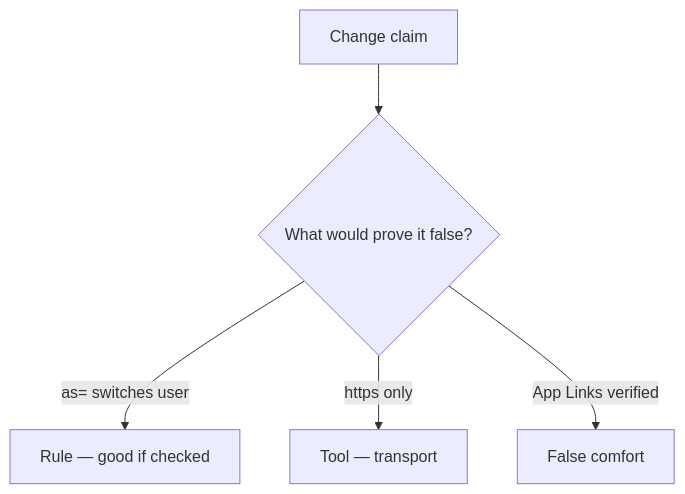
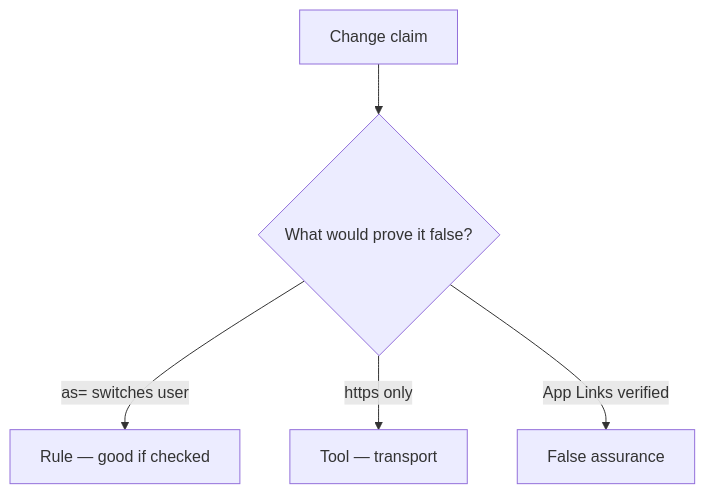
Before and after one commit to ishitvagoel/LearnSecurity: the diagram in content/modules/8/8.3/lessons/08-review.md, drawn with Mermaid. The commit also changed other lines of this file and 240 other files, not shown here.

````diff
--- a/content/modules/8/8.3/lessons/08-review.md
+++ b/content/modules/8/8.3/lessons/08-review.md
@@ -18,7 +18,7 @@
 ```mermaid
 flowchart TD
   Claim[Change claim] --> Q{"What would prove it false?"}
   Q -->|as= switches user| Property["Rule — good if checked"]
   Q -->|https only| Mechanism[Tool — transport]
-  Q -->|App Links verified| False[False comfort]
+  Q -->|App Links verified| False[False assurance]
 ```
````
